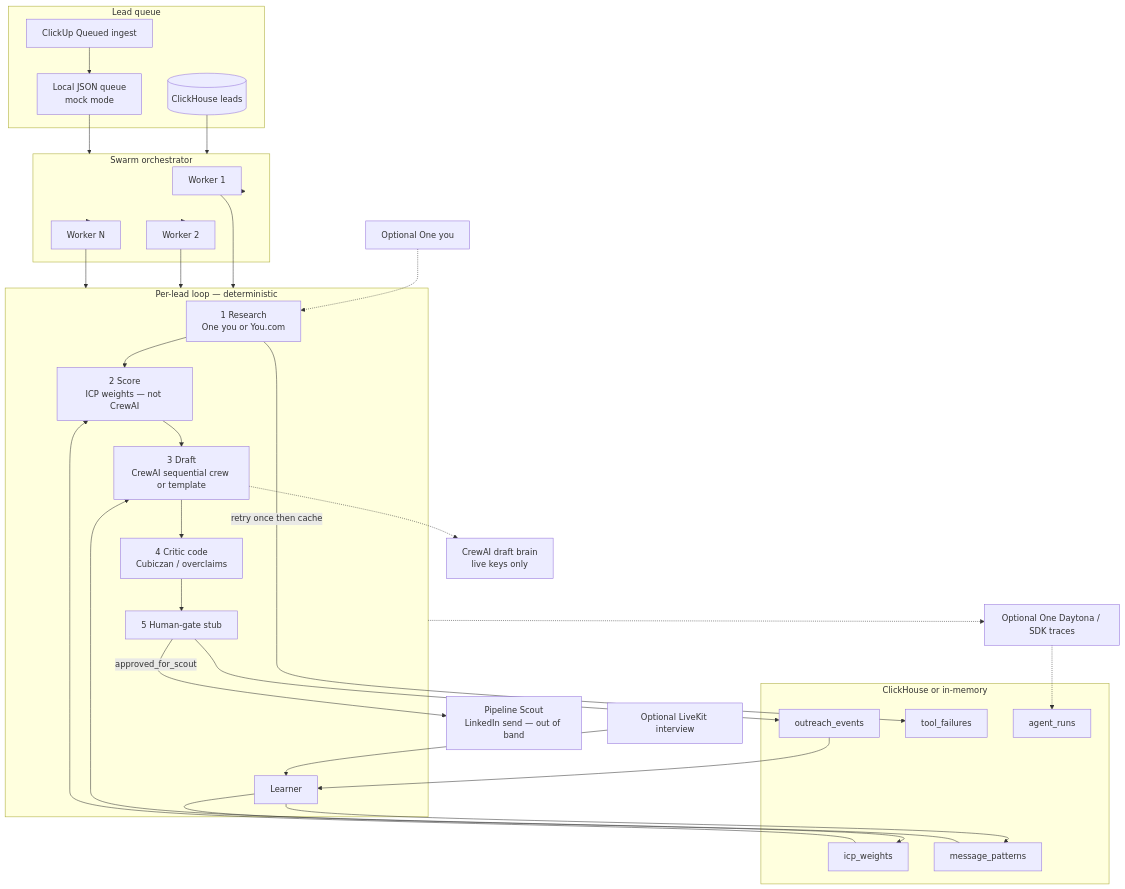
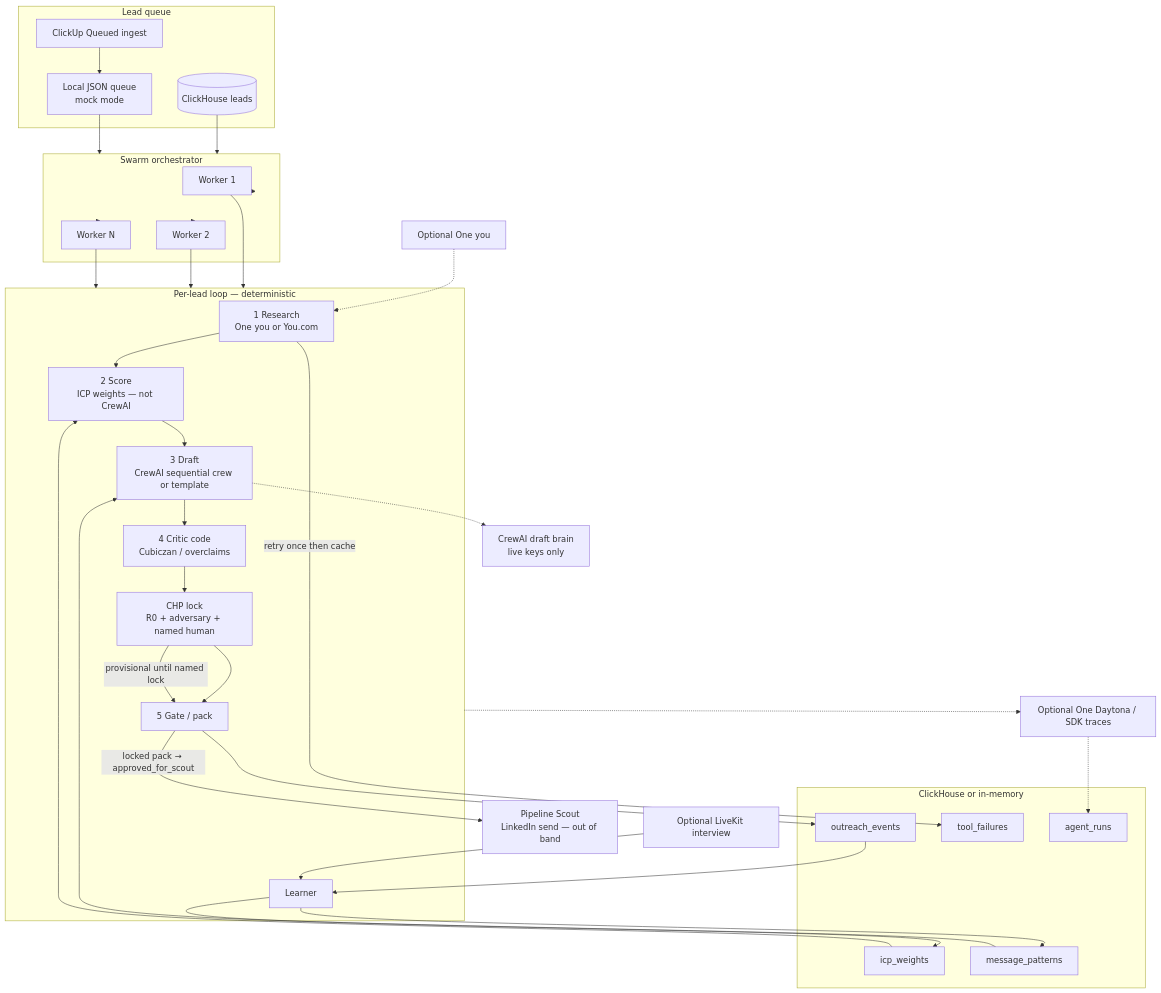
One commit to Cubiczan/self-improving-outreach changed the first of 2 diagrams in README.md. Above: the diagram before and after it, drawn with Mermaid. The commit also changed other lines of this file and 30 other files, not shown here.

First line of the commit message:
Implement CHP decision lock before approved_for_scout.

````diff
--- a/README.md
+++ b/README.md
@@ -78,56 +86,58 @@
 ```mermaid
 flowchart TB
   subgraph queue [Lead queue]
     CH[(ClickHouse leads)]
     JSON[Local JSON queue<br/>mock mode]
     CU[ClickUp Queued ingest]
   end
 
   subgraph swarm [Swarm orchestrator]
     W1[Worker 1]
     W2[Worker 2]
     WN[Worker N]
   end
 
   subgraph worker [Per-lead loop — deterministic]
     R[1 Research<br/>One you or You.com]
     S[2 Score<br/>ICP weights — not CrewAI]
     D[3 Draft<br/>CrewAI sequential crew or template]
     C[4 Critic code<br/>Cubiczan / overclaims]
-    G[5 Human-gate stub]
+    CHP[CHP lock<br/>R0 + adversary + named human]
+    G[5 Gate / pack]
     L[Learner]
   end
 
   subgraph memory [ClickHouse or in-memory]
     WTS[icp_weights]
     PAT[message_patterns]
     EV[outreach_events]
     FAIL[tool_failures]
     RUNS[agent_runs]
   end
 
   Crew[CrewAI draft brain<br/>live keys only]
   OneYou[Optional One you]
   Daytona[Optional One Daytona / SDK traces]
   Scout[Pipeline Scout<br/>LinkedIn send — out of band]
   Voice[Optional LiveKit interview]
 
   CU --> JSON
   CH --> swarm
   JSON --> swarm
   swarm --> W1 & W2 & WN
   W1 & W2 & WN --> worker
   OneYou -.-> R
   R -->|retry once then cache| FAIL
-  R --> S --> D --> C --> G --> EV
+  R --> S --> D --> C --> CHP --> G --> EV
   D -.-> Crew
-  G -->|approved_for_scout| Scout
+  CHP -->|provisional until named lock| G
+  G -->|locked pack → approved_for_scout| Scout
   EV --> L
   L --> WTS
   L --> PAT
   PAT --> D
   WTS --> S
   Voice --> L
   worker -.-> Daytona
   Daytona -.-> RUNS
 ```
````
